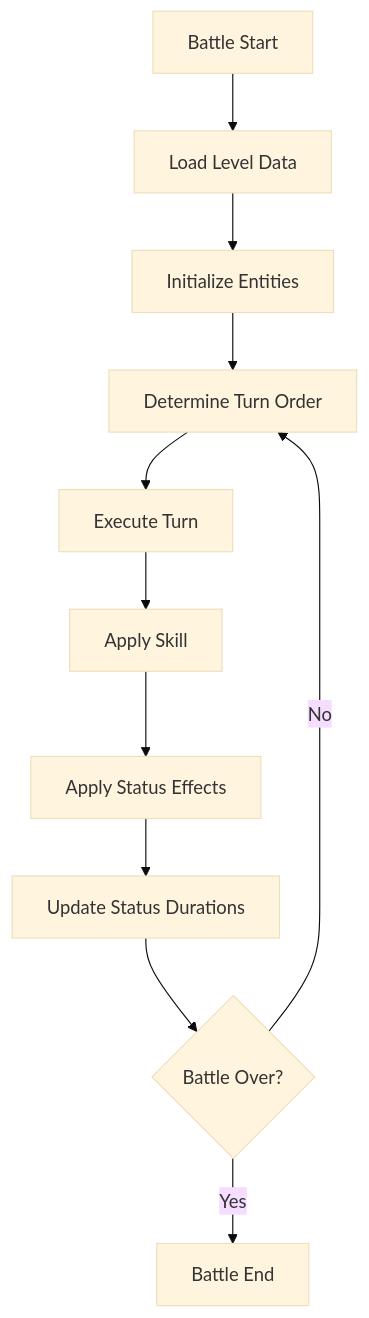
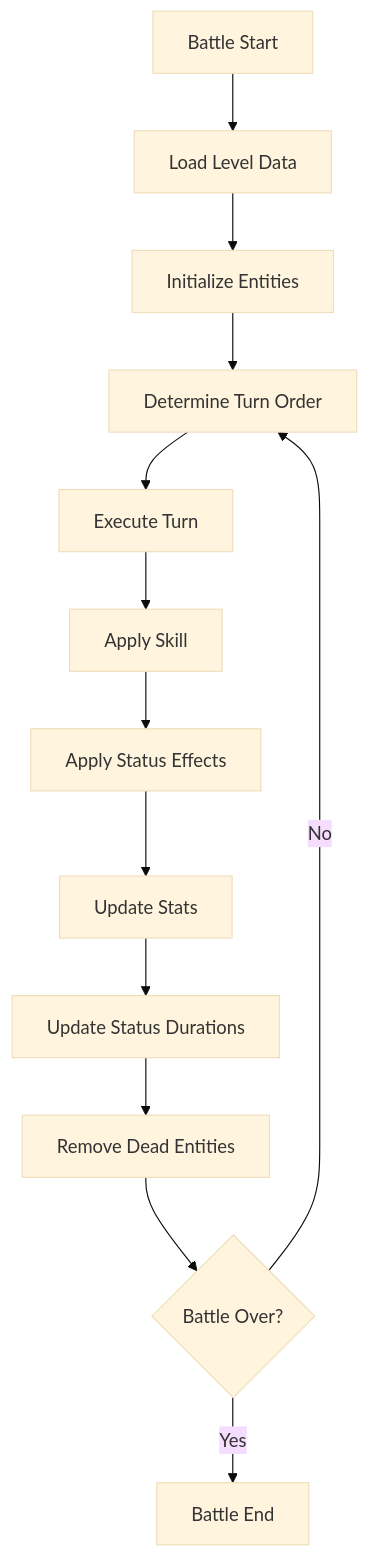
One commit to Soren64/Sonnylike-RPG changed the diagram in README.md. Above: the diagram before and after it, drawn with Mermaid (base theme). The commit also changed other lines of this file, not shown here.

Commit message:
Update README.md
Added extra states in flow chart for combat flow

````diff
--- a/README.md
+++ b/README.md
@@ -16,13 +16,15 @@
 ```mermaid
 flowchart TD
     A[Battle Start] --> B[Load Level Data]
     B --> C[Initialize Entities]
     C --> D[Determine Turn Order]
     D --> E[Execute Turn]
     E --> F[Apply Skill]
     F --> G[Apply Status Effects]
-    G --> H[Update Status Durations]
-    H --> I{Battle Over?}
-    I -- No --> D
-    I -- Yes --> J[Battle End]
+    G --> H[Update Stats]
+    H --> I[Update Status Durations]
+    I --> J[Remove Dead Entities]
+    J --> K{Battle Over?}
+    K -- No --> D
+    K -- Yes --> L[Battle End]
 ```
````
